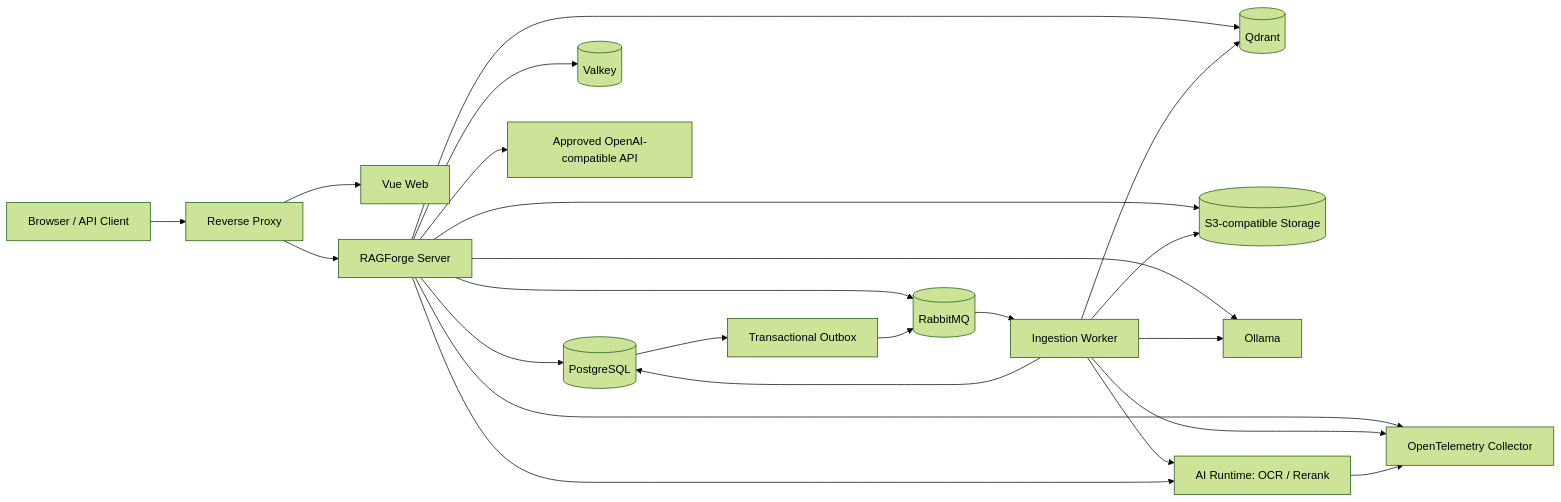
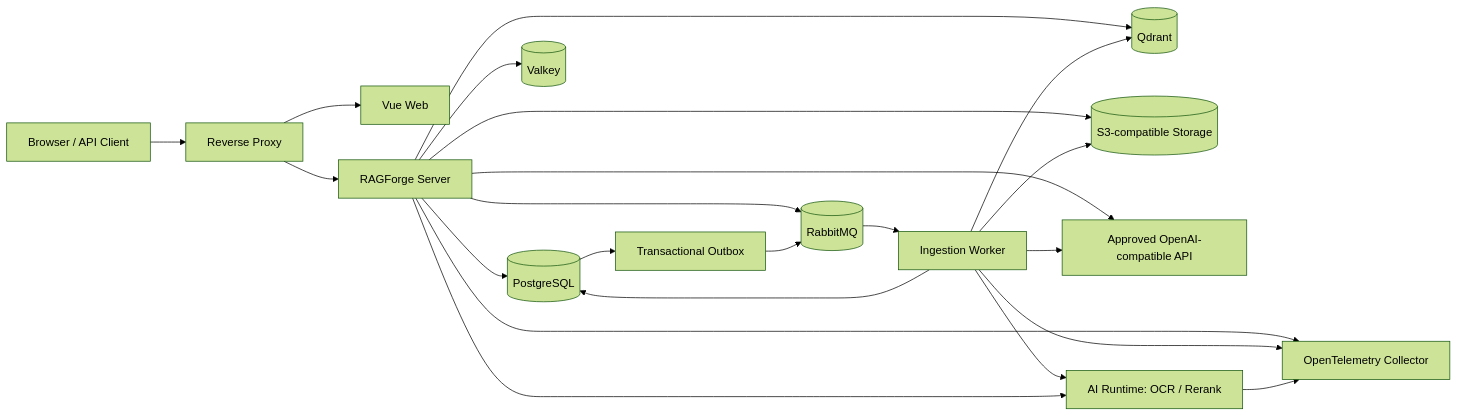
The second of 7 diagrams in docs/02-项目架构与领域模型.md (Mirror18/RAGForge), drawn with Mermaid (forest theme) before and after one commit. The commit also changed other lines of this file and 43 other files, not shown here.

````diff
--- a/docs/02-项目架构与领域模型.md
+++ b/docs/02-项目架构与领域模型.md
@@ -54,25 +54,24 @@
 ```mermaid
 flowchart LR
     U["Browser / API Client"] --> G["Reverse Proxy"]
     G --> W["Vue Web"]
     G --> S["RAGForge Server"]
     S --> PG[(PostgreSQL)]
     S --> V[(Valkey)]
     S --> Q[(Qdrant)]
     S --> MQ[(RabbitMQ)]
     S --> OBJ[(S3-compatible Storage)]
-    S --> OLL["Ollama"]
     S --> CLOUD["Approved OpenAI-compatible API"]
     PG --> OBOX["Transactional Outbox"]
     OBOX --> MQ
     MQ --> IW["Ingestion Worker"]
     IW --> OBJ
     IW --> PG
     IW --> Q
     IW --> AIR["AI Runtime: OCR / Rerank"]
-    IW --> OLL
+    IW --> CLOUD
     S --> AIR
     S --> OTEL["OpenTelemetry Collector"]
     IW --> OTEL
     AIR --> OTEL
 ```
````
